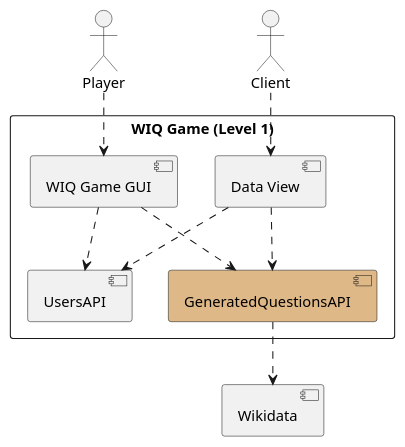
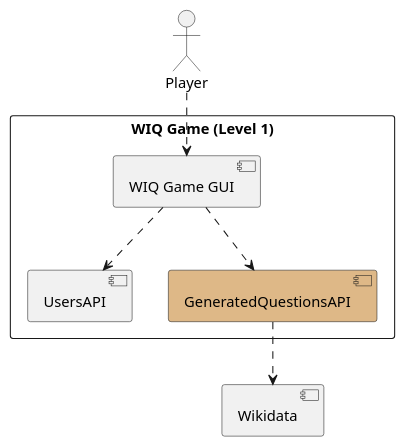
One commit to Arquisoft/wiq_en1a changed the first of 2 diagrams in docs/src/05_building_block_view.adoc. Above: the diagram before and after it, drawn with PlantUML. The commit also changed other lines of this file and 1 other file, not shown here.

```diff
--- a/docs/src/05_building_block_view.adoc
+++ b/docs/src/05_building_block_view.adoc
@@ -66,20 +66,15 @@
 [plantuml,"Whitebox overall system",png]
 ----
 actor Player
-actor Client
 [Wikidata]
 
 rectangle "WIQ Game (Level 1)"{
 [WIQ Game GUI]
-[Data View]
 [UsersAPI]
 [GeneratedQuestionsAPI] #BurlyWood
 Player ..> (WIQ Game GUI)
-Client ..> (Data View)
 [GeneratedQuestionsAPI] ..> Wikidata
 [WIQ Game GUI] ..> UsersAPI
 [WIQ Game GUI] ..> GeneratedQuestionsAPI
-[Data View] ..> UsersAPI
-[Data View] ..> GeneratedQuestionsAPI
 }
 ----
```
